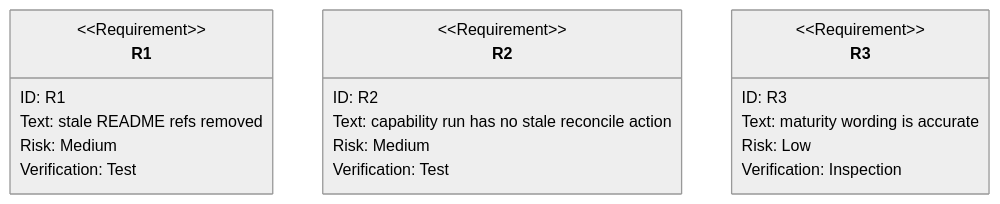
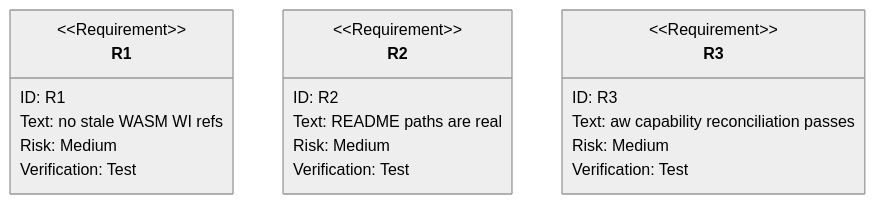
The second of 2 diagrams in .aw/tech-design/projects/jet/semantic/jet-wasm-complete-multi-target-readiness-phase-2-3.md (chrischeng-c4/axiom), drawn with Mermaid (neutral theme) before and after one commit.

Commit message:
td(818) — contract section: unit-test
Lifecycle-Slug: 818
Work-Item: 818
Lifecycle-Stage: Td-Contract-Complete
Lifecycle-Phase: td_created
Lifecycle-Pass: contract
TD-Section: unit-test
Previous-Phase: td_contract_in_progress
Next-Phase: td_created
Next-Command: aw td gen

````diff
--- a/.aw/tech-design/projects/jet/semantic/jet-wasm-complete-multi-target-readiness-phase-2-3.md
+++ b/.aw/tech-design/projects/jet/semantic/jet-wasm-complete-multi-target-readiness-phase-2-3.md
@@ -53,37 +53,37 @@
 ```mermaid
 ---
-id: jet-wasm-readiness-reconciliation-tests
+id: jet-wasm-readiness-contract-tests
 requirements:
   R1:
-    text: "README WASM rows reference real WI #818 instead of stale placeholders #3783, #4004, #4015, and #4072."
+    text: "README no longer uses stale placeholder WI refs for the WASM readiness claim."
     risk: medium
     verify: command
   R2:
-    text: "aw capability run for jet no longer asks to reconcile wasm-multi-target-readiness WI refs."
+    text: "README evidence paths resolve to real on-disk paths or command-only gate evidence."
     risk: medium
     verify: command
   R3:
-    text: "WASM readiness maturity wording matches the corrected real evidence paths and gates."
-    risk: low
-    verify: review
+    text: "AW capability check/run no longer requests stale WASM WI reconciliation."
+    risk: medium
+    verify: command
 ---
 requirementDiagram
 requirement R1 {
   id: R1
-  text: "stale README refs removed"
+  text: "no stale WASM WI refs"
   risk: Medium
   verifymethod: Test
 }
 requirement R2 {
   id: R2
-  text: "capability run has no stale reconcile action"
+  text: "README paths are real"
   risk: Medium
   verifymethod: Test
 }
 requirement R3 {
   id: R3
-  text: "maturity wording is accurate"
-  risk: Low
-  verifymethod: Inspection
+  text: "aw capability reconciliation passes"
+  risk: Medium
+  verifymethod: Test
 }
 ```
````
